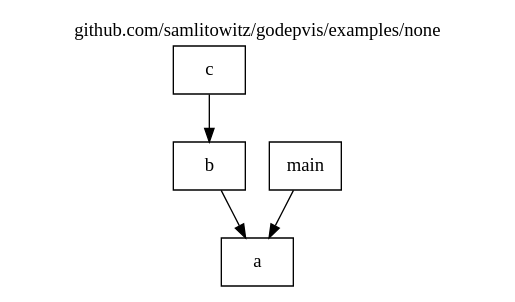
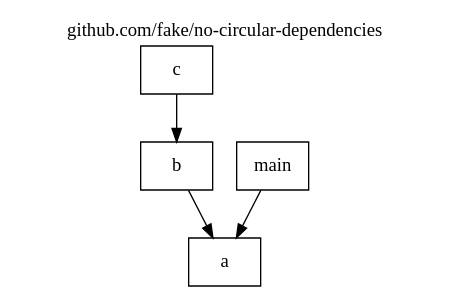
Before and after one commit to samlitowitz/godepvis: the diagram in assets/examples/none/package.dot, drawn with Graphviz. The commit also changed 29 other files, not shown here.

```diff
--- a/assets/examples/none/package.dot
+++ b/assets/examples/none/package.dot
@@ -1,14 +1,14 @@
 digraph {
 	labelloc="t";
-	label="github.com/samlitowitz/godepvis/examples/none";
+	label="github.com/fake/no-circular-dependencies";
 	rankdir="TB";
 	node [shape="rect"];
 
 	"pkg_a" [label="a", style="filled", fontcolor="#000000", fillcolor="#ffffff"];
 	"pkg_b" [label="b", style="filled", fontcolor="#000000", fillcolor="#ffffff"];
 	"pkg_c" [label="c", style="filled", fontcolor="#000000", fillcolor="#ffffff"];
 	"pkg_main" [label="main", style="filled", fontcolor="#000000", fillcolor="#ffffff"];
 	"pkg_b" -> "pkg_a" [color="#000000"];
 	"pkg_c" -> "pkg_b" [color="#000000"];
 	"pkg_main" -> "pkg_a" [color="#000000"];
 }
```
